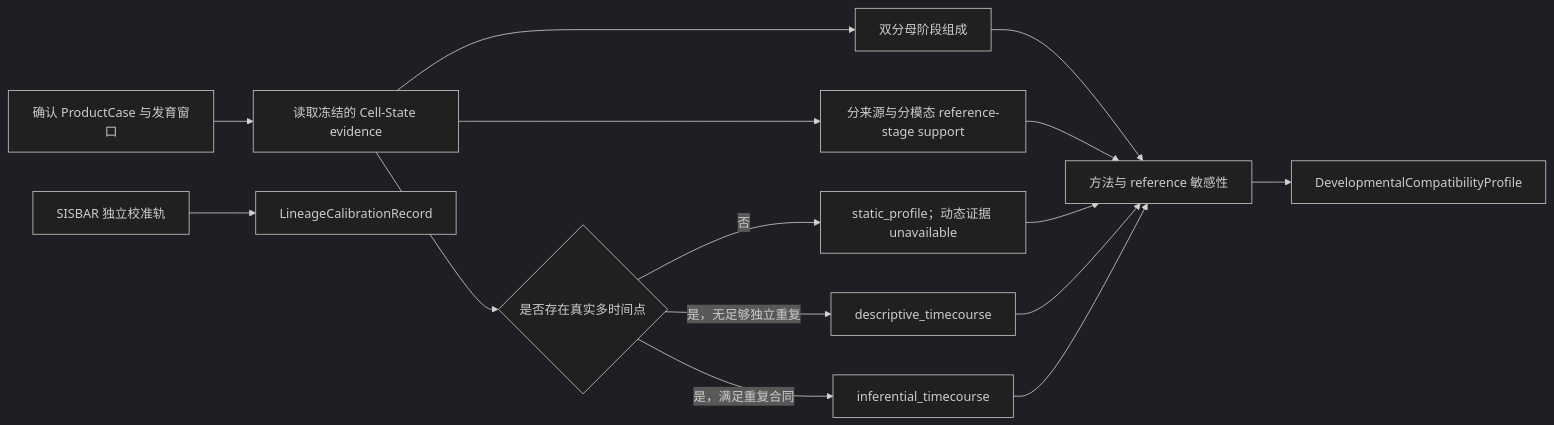
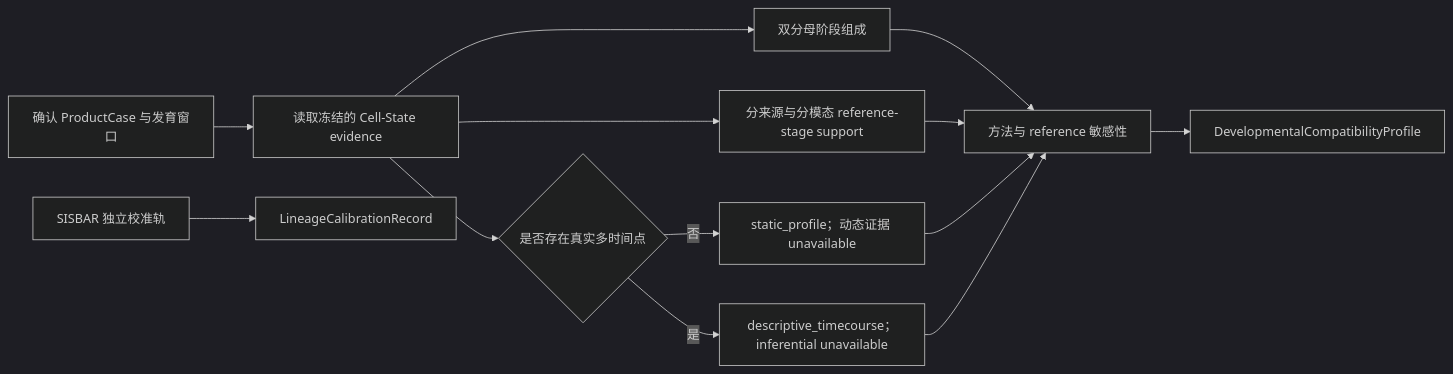
The diagram in docs/bridge_spec_v0.1/developmental_compatibility_task_card.md (starvingarc/BRIDGE), drawn with Mermaid (dark theme) before and after one commit. The commit also changed other lines of this file and 30 other files, not shown here.

````diff
--- a/docs/bridge_spec_v0.1/developmental_compatibility_task_card.md
+++ b/docs/bridge_spec_v0.1/developmental_compatibility_task_card.md
@@ -72,17 +73,15 @@
 ```mermaid
 flowchart LR
     A["确认 ProductCase 与发育窗口"] --> B["读取冻结的 Cell-State evidence"]
     B --> C["双分母阶段组成"]
     B --> D["分来源与分模态 reference-stage support"]
     B --> E{"是否存在真实多时间点"}
     E -->|否| F["static_profile；动态证据 unavailable"]
-    E -->|是，无足够独立重复| G["descriptive_timecourse"]
-    E -->|是，满足重复合同| H["inferential_timecourse"]
+    E -->|是| G["descriptive_timecourse；inferential unavailable"]
     C --> I["方法与 reference 敏感性"]
     D --> I
     F --> I
     G --> I
-    H --> I
     I --> J["DevelopmentalCompatibilityProfile"]
     K["SISBAR 独立校准轨"] --> L["LineageCalibrationRecord"]
 ```
````
